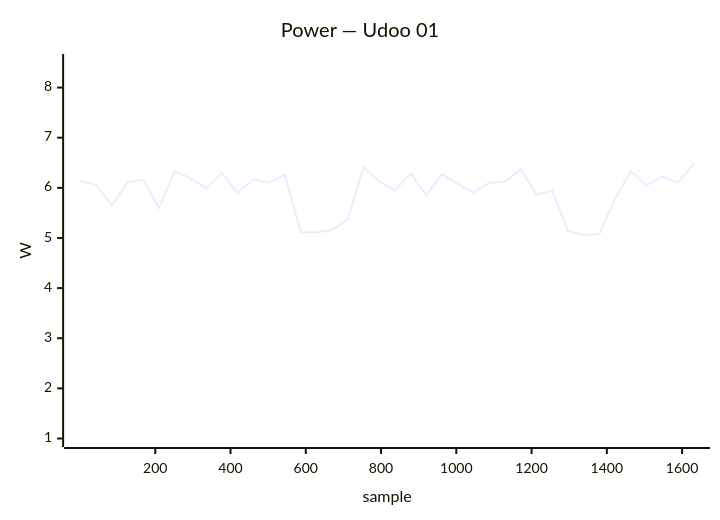
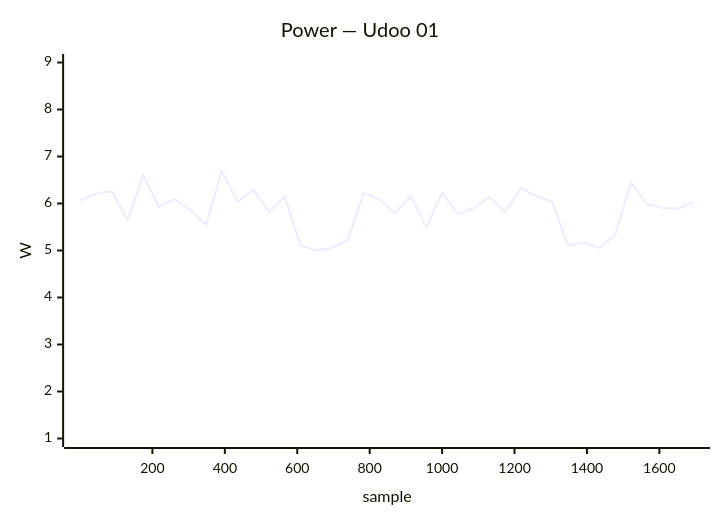
Diagram 30 of 32 in docs/status/board-tests.md (armbian/documentation), drawn with Mermaid before and after one commit. The commit also changed other lines of this file, not shown here.

````diff
--- a/docs/status/board-tests.md
+++ b/docs/status/board-tests.md
@@ -1525,7 +1651,7 @@
 ```mermaid
 xychart-beta
     title "Power — Udoo 01"
-    x-axis "sample" 1 --> 1631
-    y-axis "W" 1.0 --> 8.5
-    line [6.13, 6.06, 5.65, 6.11, 6.16, 5.60, 6.33, 6.19, 5.99, 6.30, 5.90, 6.17, 6.10, 6.26, 5.12, 5.11, 5.16, 5.37, 6.41, 6.13, 5.95, 6.29, 5.85, 6.27, 6.08, 5.91, 6.10, 6.12, 6.37, 5.87, 5.94, 5.14, 5.06, 5.08, 5.79, 6.33, 6.05, 6.23, 6.11, 6.48]
+    x-axis "sample" 1 --> 1695
+    y-axis "W" 1.0 --> 9.0
+    line [6.07, 6.21, 6.26, 5.65, 6.60, 5.93, 6.10, 5.86, 5.55, 6.69, 6.04, 6.29, 5.82, 6.15, 5.10, 5.00, 5.06, 5.22, 6.22, 6.09, 5.80, 6.16, 5.49, 6.23, 5.77, 5.90, 6.14, 5.82, 6.33, 6.15, 6.04, 5.11, 5.17, 5.05, 5.33, 6.45, 5.99, 5.91, 5.89, 6.03]
 ```
````
